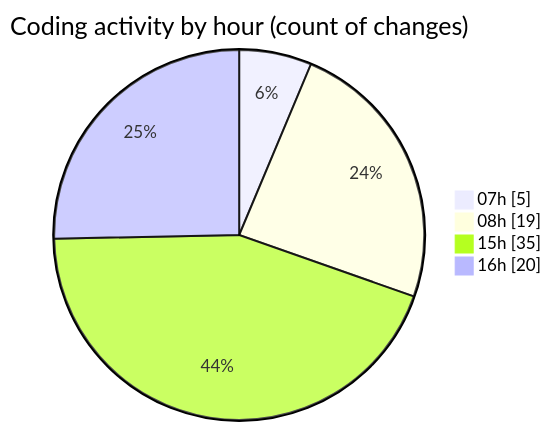
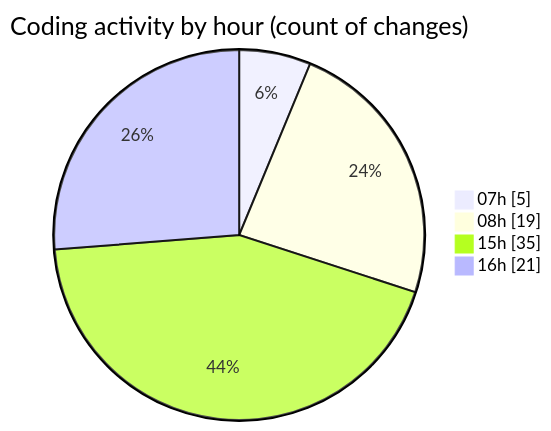
One commit to robertbonfada/code-tracking changed the second of 2 diagrams in 2025-02-07/mbc-web/README.md. Above: the diagram before and after it, drawn with Mermaid. The commit also changed other lines of this file and 1 other file, not shown here.

````diff
--- a/2025-02-07/mbc-web/README.md
+++ b/2025-02-07/mbc-web/README.md
@@ -41,8 +41,8 @@
 ```mermaid
 pie showData
 title Coding activity by hour (count of changes)
 "07h" : 5
 "08h" : 19
 "15h" : 35
-"16h" : 20
+"16h" : 21
 ```
````
